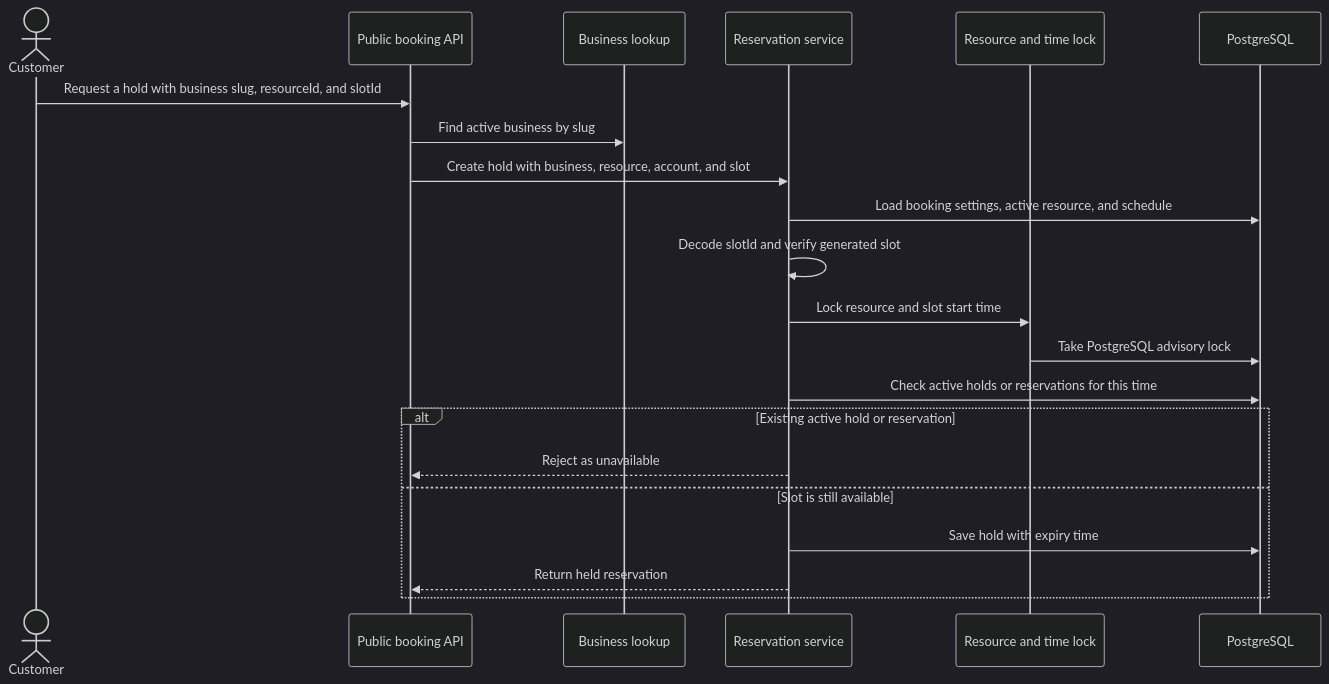
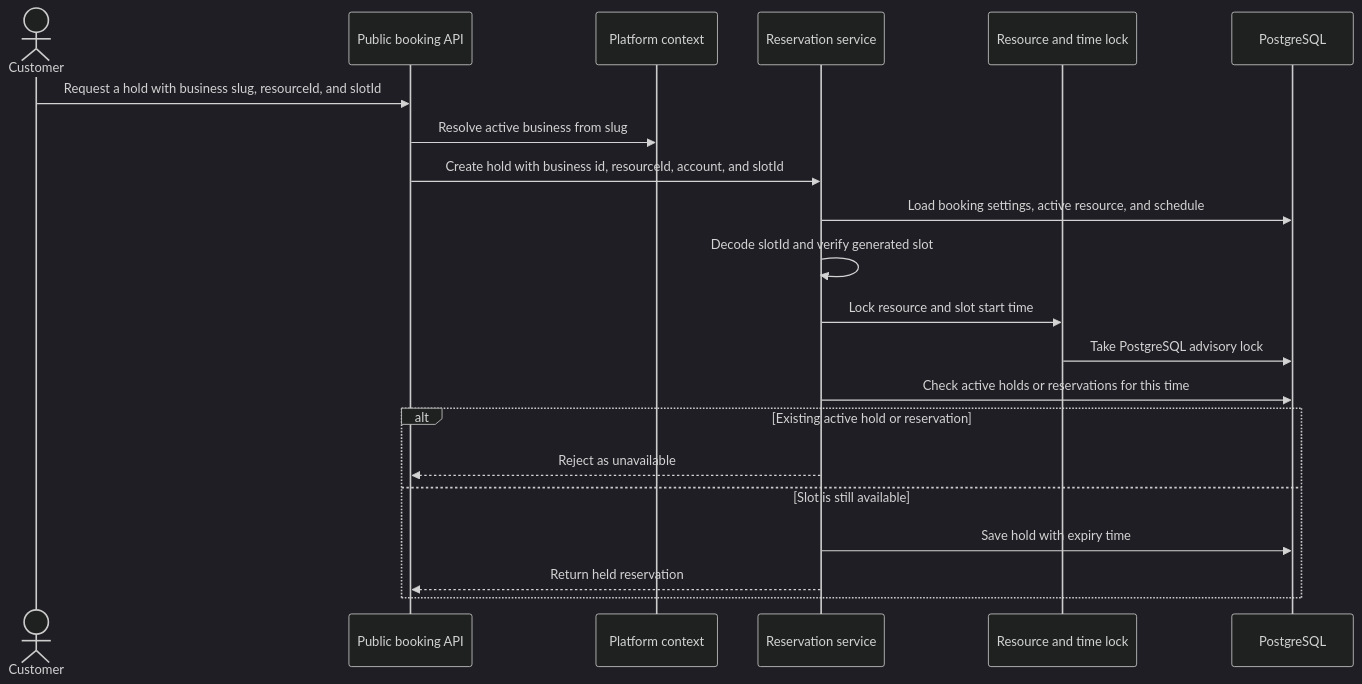
Before and after one commit to jaeyeopme/resrv: the second of 3 diagrams in README.md, drawn with Mermaid (dark theme). The commit also changed other lines of this file and 4 other files, not shown here.

````diff
--- a/README.md
+++ b/README.md
@@ -93,24 +93,24 @@
 ```mermaid
 sequenceDiagram
     actor Customer
     participant PublicAPI as Public booking API
-    participant Platform as Business lookup
+    participant Platform as Platform context
     participant Service as Reservation service
     participant Lock as Resource and time lock
     participant DB as PostgreSQL
 
     Customer->>PublicAPI: Request a hold with business slug, resourceId, and slotId
-    PublicAPI->>Platform: Find active business by slug
-    PublicAPI->>Service: Create hold with business, resource, account, and slot
+    PublicAPI->>Platform: Resolve active business from slug
+    PublicAPI->>Service: Create hold with business id, resourceId, account, and slotId
     Service->>DB: Load booking settings, active resource, and schedule
     Service->>Service: Decode slotId and verify generated slot
     Service->>Lock: Lock resource and slot start time
     Lock->>DB: Take PostgreSQL advisory lock
     Service->>DB: Check active holds or reservations for this time
     alt Existing active hold or reservation
         Service-->>PublicAPI: Reject as unavailable
     else Slot is still available
         Service->>DB: Save hold with expiry time
         Service-->>PublicAPI: Return held reservation
     end
 ```
````
